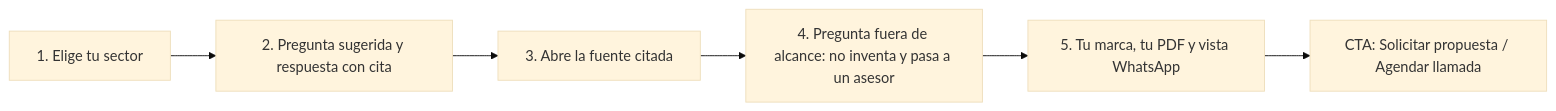
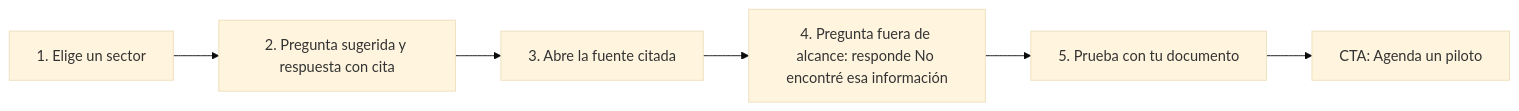
Before and after one commit to ronalc90/koptup: the second of 3 diagrams in docs/wiki/Producto-chatbot-rag-ia.md, drawn with Mermaid (base theme). The commit also changed other lines of this file and 161 other files, not shown here.

First line of the commit message:
docs(wiki): portada, vision, diagnostico, catalogo, roadmap y reposicionamiento RAG

````diff
--- a/docs/wiki/Producto-chatbot-rag-ia.md
+++ b/docs/wiki/Producto-chatbot-rag-ia.md
@@ -118,8 +208,8 @@
 ```mermaid
 flowchart LR
-    A["1. Elige tu sector"] --> B["2. Pregunta sugerida y respuesta con cita"]
-    B --> C["3. Abre la fuente citada"]
-    C --> D["4. Pregunta fuera de alcance: no inventa y pasa a un asesor"]
-    D --> E["5. Tu marca, tu PDF y vista WhatsApp"]
-    E --> F["CTA: Solicitar propuesta / Agendar llamada"]
+  A["1. Elige un sector"] --> B["2. Pregunta sugerida y respuesta con cita"]
+  B --> C["3. Abre la fuente citada"]
+  C --> D["4. Pregunta fuera de alcance: responde No encontré esa información"]
+  D --> E["5. Prueba con tu documento"]
+  E --> F["CTA: Agenda un piloto"]
 ```
````
